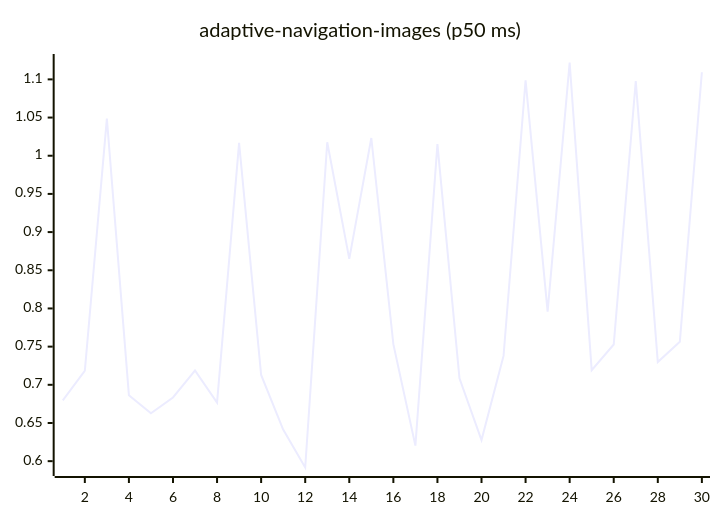
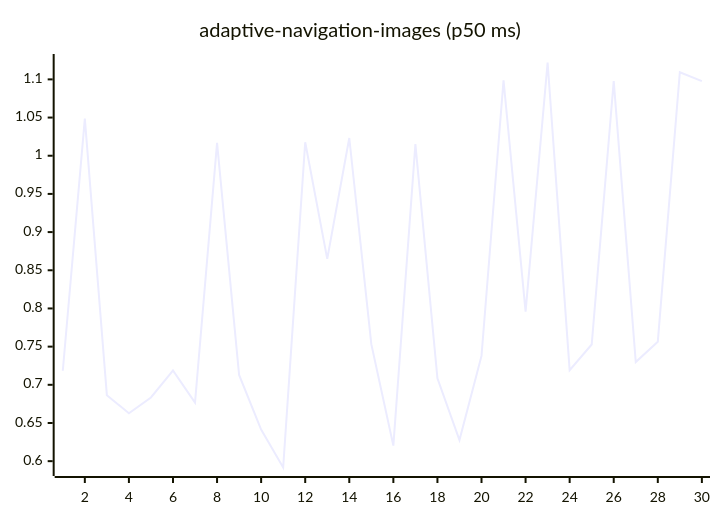
Before and after one commit to josha/Facet: the first of 27 diagrams in README.md, drawn with Mermaid. The commit also changed other lines of this file and 2 other files, not shown here.

````diff
--- a/README.md
+++ b/README.md
@@ -63,6 +63,6 @@
 ```mermaid
 xychart-beta
     title "adaptive-navigation-images (p50 ms)"
     x-axis 1 --> 30
-    line [0.6795, 0.7184, 1.0485, 0.6864, 0.6628, 0.6834, 0.7187, 0.6768, 1.0168, 0.7129, 0.6414, 0.5917, 1.0177, 0.8650, 1.0232, 0.7532, 0.6203, 1.0152, 0.7086, 0.6277, 0.7378, 1.0988, 0.7959, 1.1221, 0.7192, 0.7528, 1.0977, 0.7298, 0.7565, 1.1093]
+    line [0.7184, 1.0485, 0.6864, 0.6628, 0.6834, 0.7187, 0.6768, 1.0168, 0.7129, 0.6414, 0.5917, 1.0177, 0.8650, 1.0232, 0.7532, 0.6203, 1.0152, 0.7086, 0.6277, 0.7378, 1.0988, 0.7959, 1.1221, 0.7192, 0.7528, 1.0977, 0.7298, 0.7565, 1.1093, 1.0977]
 ```
````
